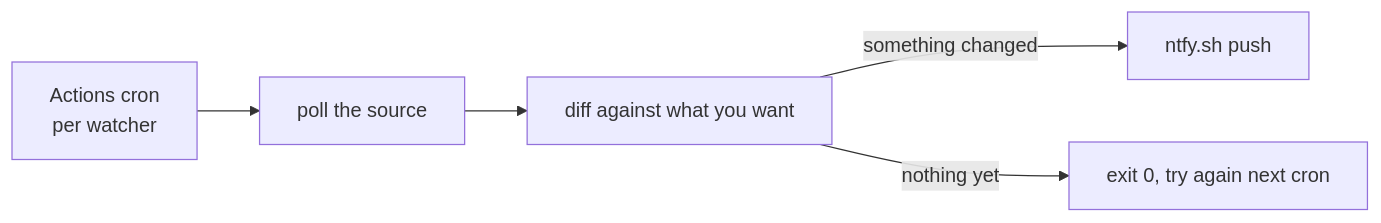
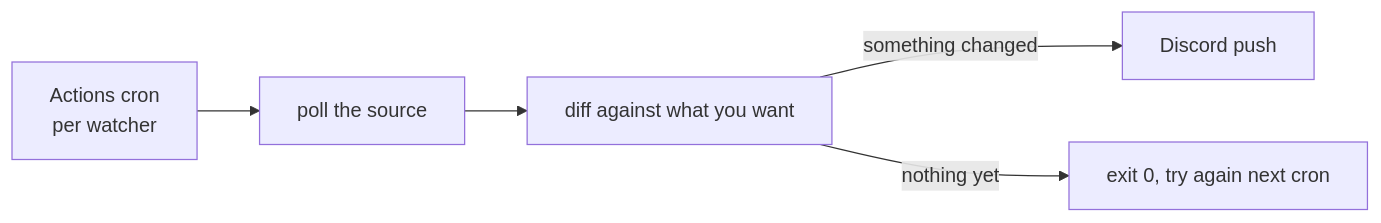
Before and after one commit to nitrimandylis/siren: the diagram in README.md, drawn with Mermaid. The commit also changed other lines of this file and 15 other files, not shown here.

Commit message:
move alerts from ntfy to discord

````diff
--- a/README.md
+++ b/README.md
@@ -152,7 +152,7 @@
 ```mermaid
 flowchart LR
     A[Actions cron<br/>per watcher] --> B[poll the source]
     B --> C[diff against what you want]
-    C -->|something changed| D[ntfy.sh push]
+    C -->|something changed| D[Discord push]
     C -->|nothing yet| E[exit 0, try again next cron]
 ```
````
